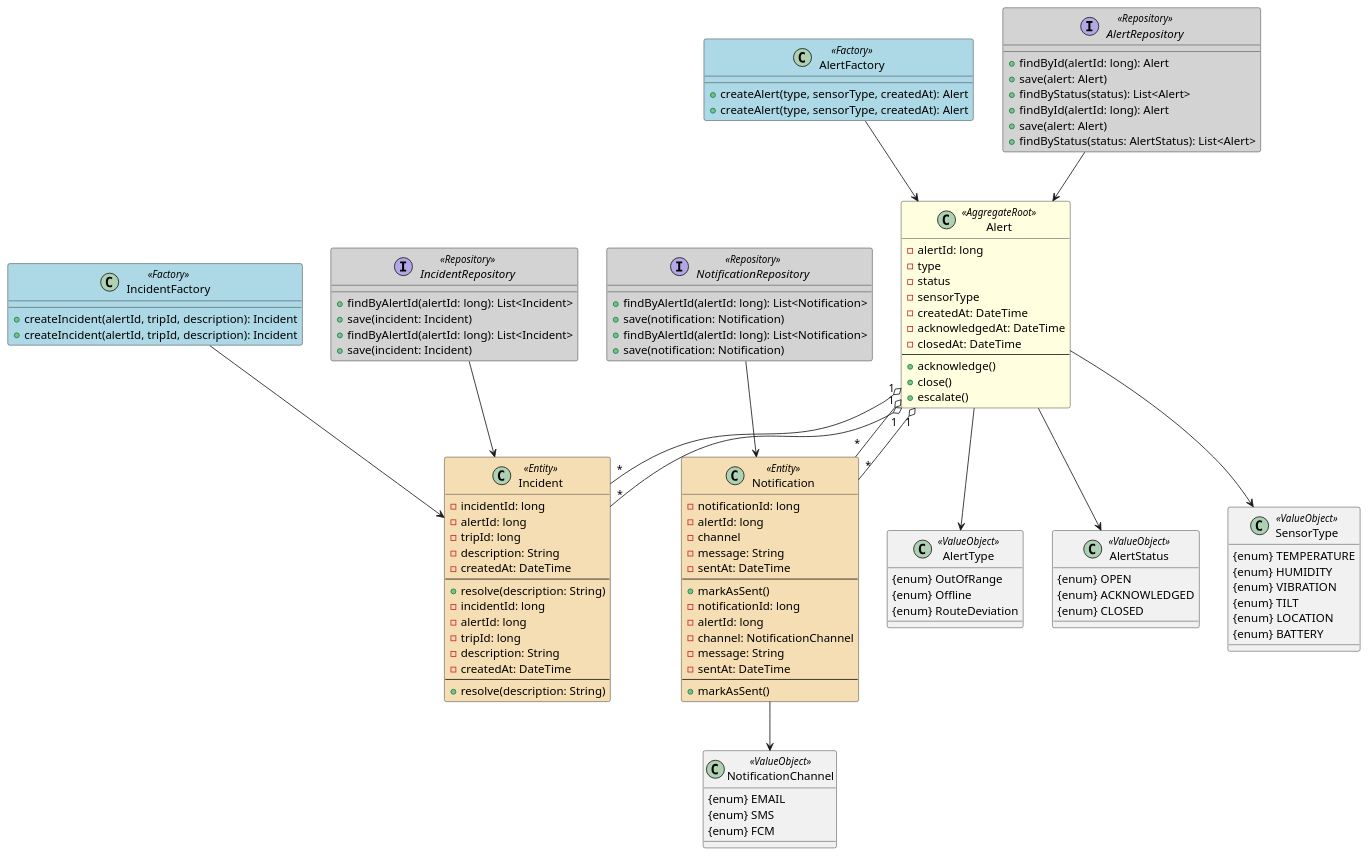
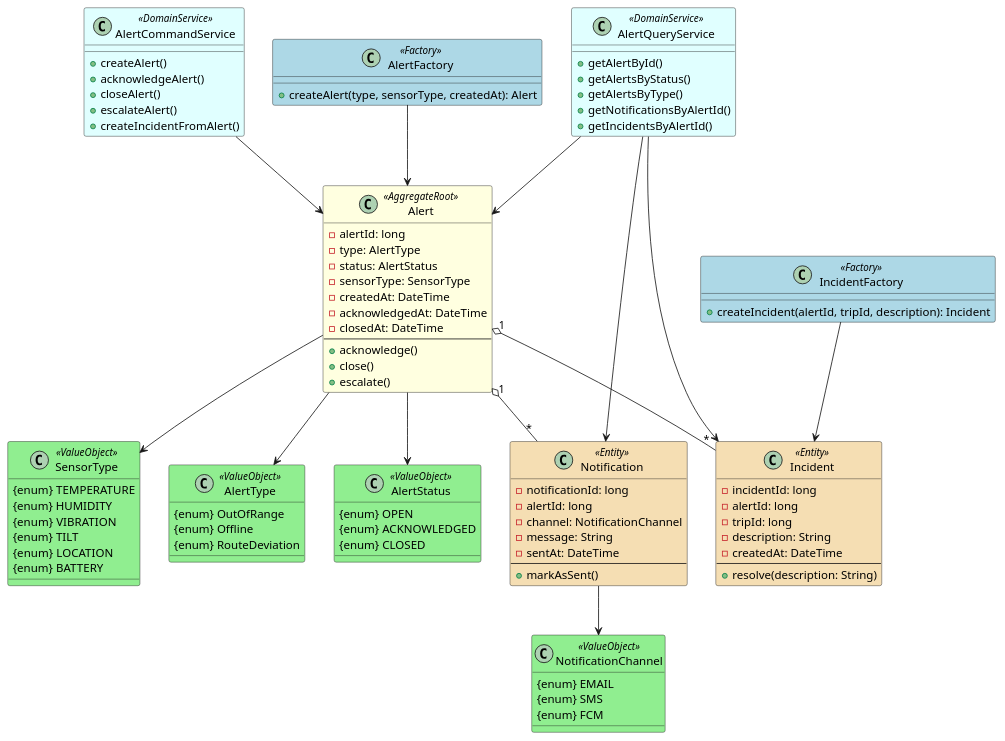
Before and after one commit to Los-Parkers-IoT/LosParkers-report: the diagram in assets/UML/Alert-Management-Domain-Layer-Class-Diagram.puml, drawn with PlantUML. The commit also changed 1 other file, not shown here.

Commit message:
fix: update Asset Alert Management Class Diagram

```diff
--- a/assets/UML/Alert-Management-Domain-Layer-Class-Diagram.puml
+++ b/assets/UML/Alert-Management-Domain-Layer-Class-Diagram.puml
@@ -1,180 +1,125 @@
 @startuml
 skinparam class {
   BackgroundColor<<Entity>> Wheat
   BackgroundColor<<AggregateRoot>> LightYellow
   BackgroundColor<<Factory>> LightBlue
-  BackgroundColor<<Repository>> LightGray
+  BackgroundColor<<ValueObject>> LightGreen
+  BackgroundColor<<DomainService>> LightCyan
 }
 
 ' ========================
-' Entities
+' Entities / Aggregate Root
 ' ========================
 class Alert <<AggregateRoot>> {
   - alertId: long
-  - type
-  - status
-  - sensorType
+  - type: AlertType
+  - status: AlertStatus
+  - sensorType: SensorType
   - createdAt: DateTime
   - acknowledgedAt: DateTime
   - closedAt: DateTime
   --
   + acknowledge()
   + close()
   + escalate()
 }
 
 class Notification <<Entity>> {
   - notificationId: long
   - alertId: long
-  - channel
+  - channel: NotificationChannel
   - message: String
   - sentAt: DateTime
   --
   + markAsSent()
 }
 
 class Incident <<Entity>> {
   - incidentId: long
   - alertId: long
   - tripId: long
   - description: String
   - createdAt: DateTime
   --
   + resolve(description: String)
 }
 
 ' ========================
 ' Factories
 ' ========================
 class AlertFactory <<Factory>> {
   + createAlert(type, sensorType, createdAt): Alert
 }
 
 class IncidentFactory <<Factory>> {
   + createIncident(alertId, tripId, description): Incident
-}
-
-' ========================
-' Repositories
-' ========================
-interface AlertRepository <<Repository>> {
-  + findById(alertId: long): Alert
-  + save(alert: Alert)
-  + findByStatus(status): List<Alert>
-}
-
-interface NotificationRepository <<Repository>> {
-  + findByAlertId(alertId: long): List<Notification>
-  + save(notification: Notification)
-}
-
-interface IncidentRepository <<Repository>> {
-  + findByAlertId(alertId: long): List<Incident>
-  + save(incident: Incident)
-}
-
-' ========================
-' Relationships
-' ========================
-Alert "1" o-- "*" Notification
-Alert "1" o-- "*" Incident
-
-AlertFactory --> Alert
-IncidentFactory --> Incident
-
-AlertRepository --> Alert
-NotificationRepository --> Notification
-IncidentRepository --> Incident
-
-
-
-class Notification <<Entity>> {
-  - notificationId: long
-  - alertId: long
-  - channel: NotificationChannel
-  - message: String
-  - sentAt: DateTime
-  --
-  + markAsSent()
-}
-
-class Incident <<Entity>> {
-  - incidentId: long
-  - alertId: long
-  - tripId: long
-  - description: String
-  - createdAt: DateTime
-  --
-  + resolve(description: String)
 }
 
 ' ========================
 ' Value Objects
 ' ========================
 class AlertType <<ValueObject>> {
   {enum} OutOfRange
   {enum} Offline
   {enum} RouteDeviation
 }
 
 class AlertStatus <<ValueObject>> {
   {enum} OPEN
   {enum} ACKNOWLEDGED
   {enum} CLOSED
 }
 
 class SensorType <<ValueObject>> {
   {enum} TEMPERATURE
   {enum} HUMIDITY
   {enum} VIBRATION
   {enum} TILT
   {enum} LOCATION
   {enum} BATTERY
 }
 
 class NotificationChannel <<ValueObject>> {
   {enum} EMAIL
   {enum} SMS
   {enum} FCM
 }
 
 ' ========================
-' Factories
+' Domain Services
 ' ========================
-class AlertFactory <<Factory>> {
-  + createAlert(type, sensorType, createdAt): Alert
+class AlertCommandService <<DomainService>> {
+  + createAlert()
+  + acknowledgeAlert()
+  + closeAlert()
+  + escalateAlert()
+  + createIncidentFromAlert()
 }
 
-class IncidentFactory <<Factory>> {
-  + createIncident(alertId, tripId, description): Incident
-}
-
-' ========================
-' Repositories
-' ========================
-interface AlertRepository <<Repository>> {
-  + findById(alertId: long): Alert
-  + save(alert: Alert)
-  + findByStatus(status: AlertStatus): List<Alert>
-}
-
-interface NotificationRepository <<Repository>> {
-  + findByAlertId(alertId: long): List<Notification>
-  + save(notification: Notification)
-}
-
-interface IncidentRepository <<Repository>> {
-  + findByAlertId(alertId: long): List<Incident>
-  + save(incident: Incident)
+class AlertQueryService <<DomainService>> {
+  + getAlertById()
+  + getAlertsByStatus()
+  + getAlertsByType()
+  + getNotificationsByAlertId()
+  + getIncidentsByAlertId()
 }
 
 ' ========================
 ' Relationships
 ' ========================
 Alert "1" o-- "*" Notification
 Alert "1" o-- "*" Incident
+
+AlertFactory --> Alert
+IncidentFactory --> Incident
+
 Alert --> AlertType
 Alert --> AlertStatus
 Alert --> SensorType
 Notification --> NotificationChannel
+
+AlertCommandService --> Alert
+AlertQueryService --> Alert
+AlertQueryService --> Notification
+AlertQueryService --> Incident
 @enduml
```
